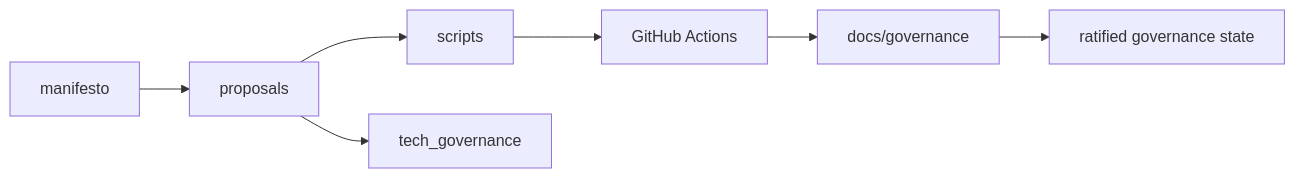
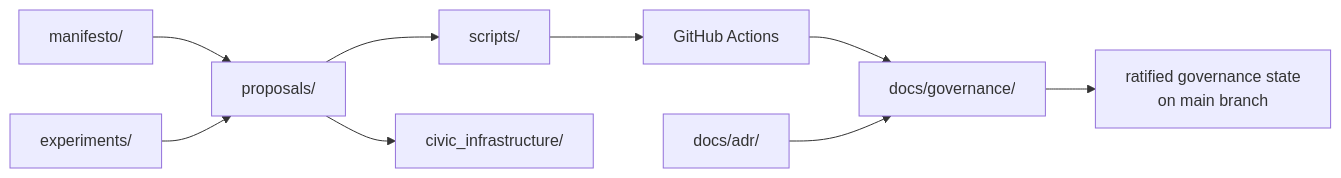
The fifth of 5 diagrams in ARCHITECTURE.md (pancakesaregood/potato), drawn with Mermaid before and after one commit. The commit also changed other lines of this file and 14 other files, not shown here.

````diff
--- a/ARCHITECTURE.md
+++ b/ARCHITECTURE.md
@@ -137,9 +225,11 @@
 ```mermaid
 flowchart LR
-    A[manifesto] --> B[proposals]
-    B --> C[scripts]
+    A[manifesto/] --> B[proposals/]
+    B --> C[scripts/]
     C --> D[GitHub Actions]
-    D --> E[docs/governance]
-    E --> F[ratified governance state]
-    B --> G[tech_governance]
+    D --> E[docs/governance/]
+    E --> F[ratified governance state\non main branch]
+    B --> G[civic_infrastructure/]
+    H[experiments/] --> B
+    I[docs/adr/] --> E
 ```
````
